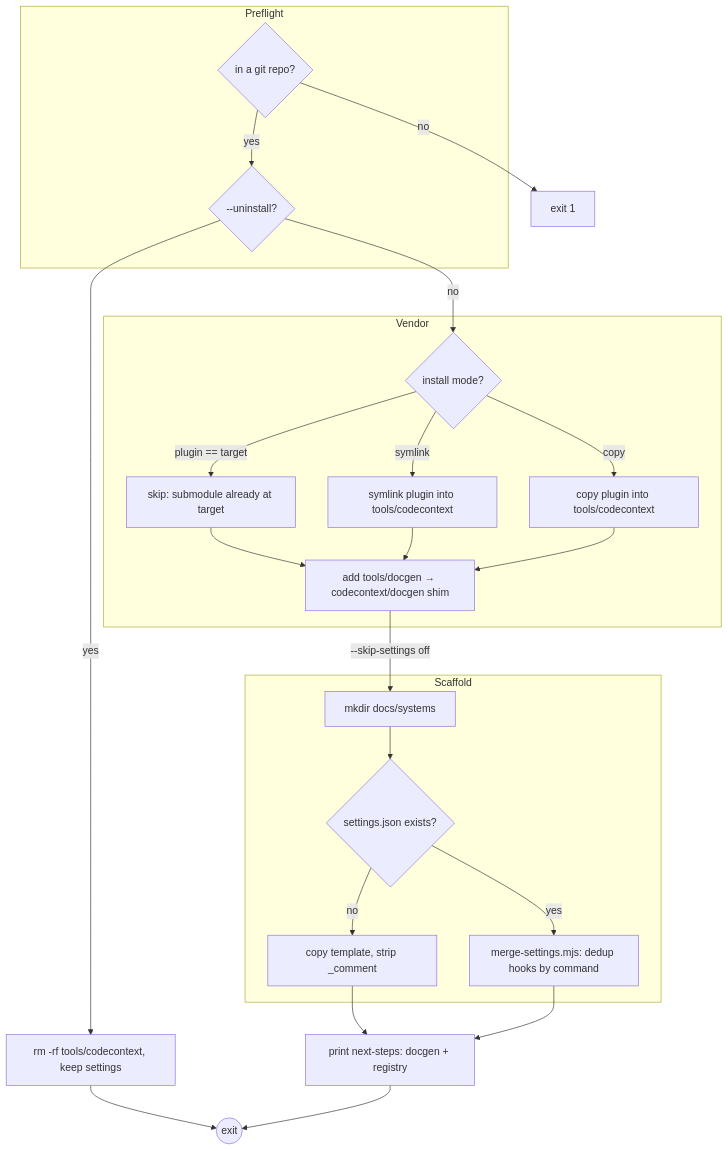
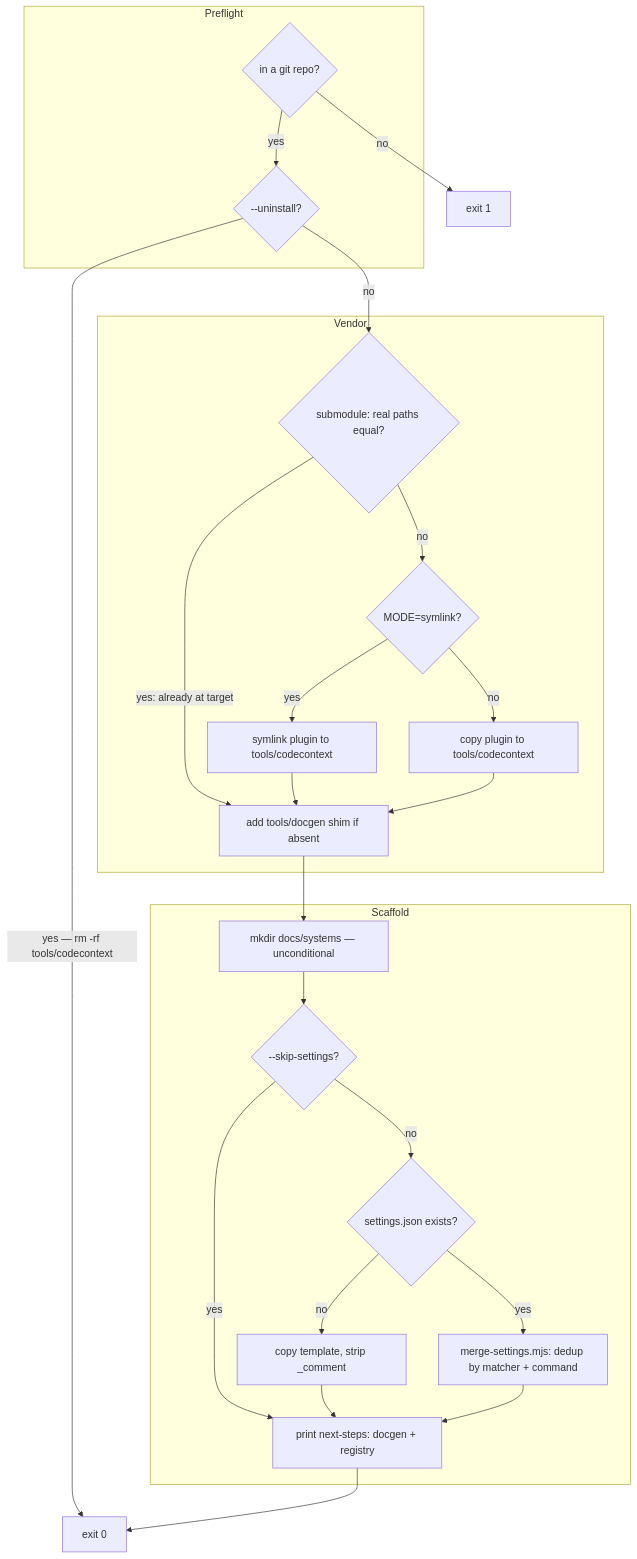
The diagram in docs/systems/installer.md (decider/codecontext), drawn with Mermaid before and after one commit. The commit also changed other lines of this file and 14 other files, not shown here.

First line of the commit message:
fix: top-down loop diagrams + layout-stability guard, higher-quality manifests

````diff
--- a/docs/systems/installer.md
+++ b/docs/systems/installer.md
@@ -33,36 +32,37 @@
 ```mermaid
 flowchart TB
   subgraph Preflight
     G{in a git repo?}
-    F{--uninstall?}
+    U{--uninstall?}
   end
   subgraph Vendor
-    S{install mode?}
-    SUB[skip: submodule already at target]
-    LN[symlink plugin into tools/codecontext]
-    CP[copy plugin into tools/codecontext]
-    SH[add tools/docgen → codecontext/docgen shim]
+    SUB{"submodule: real paths equal?"}
+    MODE{"MODE=symlink?"}
+    LN[symlink plugin to tools/codecontext]
+    CP[copy plugin to tools/codecontext]
+    SH[add tools/docgen shim if absent]
   end
   subgraph Scaffold
-    DS[mkdir docs/systems]
-    M{settings.json exists?}
-    FRESH[copy template, strip _comment]
-    MERGE[merge-settings.mjs: dedup hooks by command]
+    DS[mkdir docs/systems — unconditional]
+    SS{--skip-settings?}
+    ME{settings.json exists?}
+    FRESH["copy template, strip _comment"]
+    MRG["merge-settings.mjs: dedup by matcher + command"]
+    P["print next-steps: docgen + registry"]
   end
-  G -->|no| X[exit 1]
-  G -->|yes| F
-  F -->|yes| RM[rm -rf tools/codecontext, keep settings] --> DONE((exit))
-  F -->|no| S
-  S -->|plugin == target| SUB
-  S -->|symlink| LN
-  S -->|copy| CP
-  SUB --> SH
-  LN --> SH
-  CP --> SH
-  SH -->|--skip-settings off| DS
-  DS --> M
-  M -->|no| FRESH
-  M -->|yes| MERGE
-  FRESH --> P[print next-steps: docgen + registry] --> DONE
-  MERGE --> P
+  G -->|no| FAIL[exit 1]
+  G -->|yes| U
+  U -->|"yes — rm -rf tools/codecontext"| OK[exit 0]
+  U -->|no| SUB
+  SUB -->|"yes: already at target"| SH
+  SUB -->|no| MODE
+  MODE -->|yes| LN --> SH
+  MODE -->|no| CP --> SH
+  SH --> DS
+  DS --> SS
+  SS -->|yes| P
+  SS -->|no| ME
+  ME -->|no| FRESH --> P
+  ME -->|yes| MRG --> P
+  P --> OK
 ```
````
